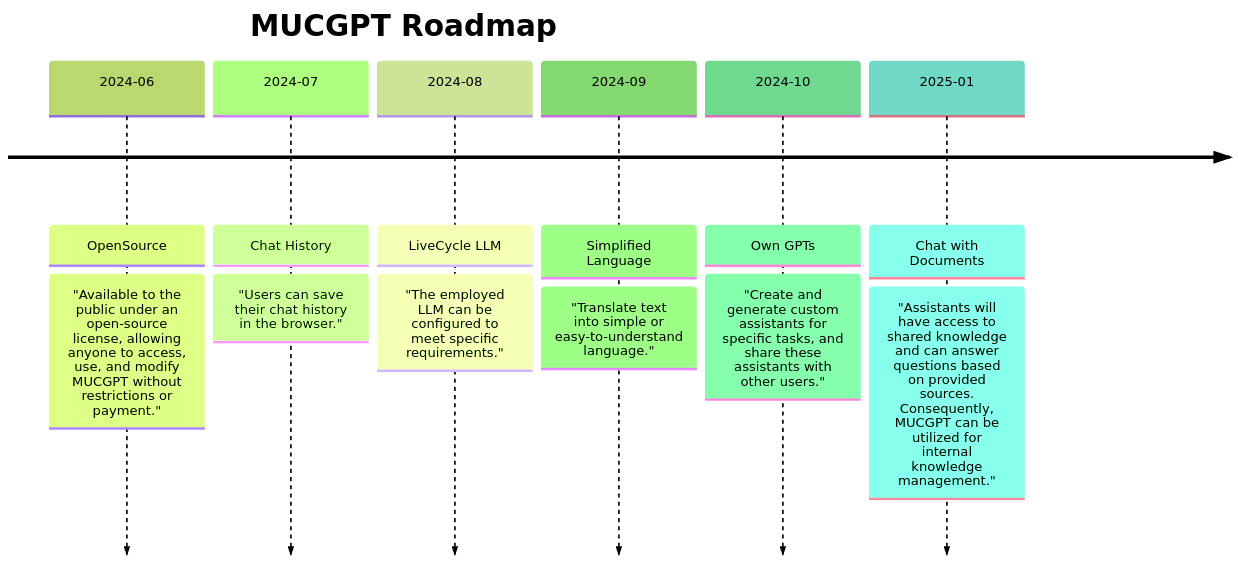
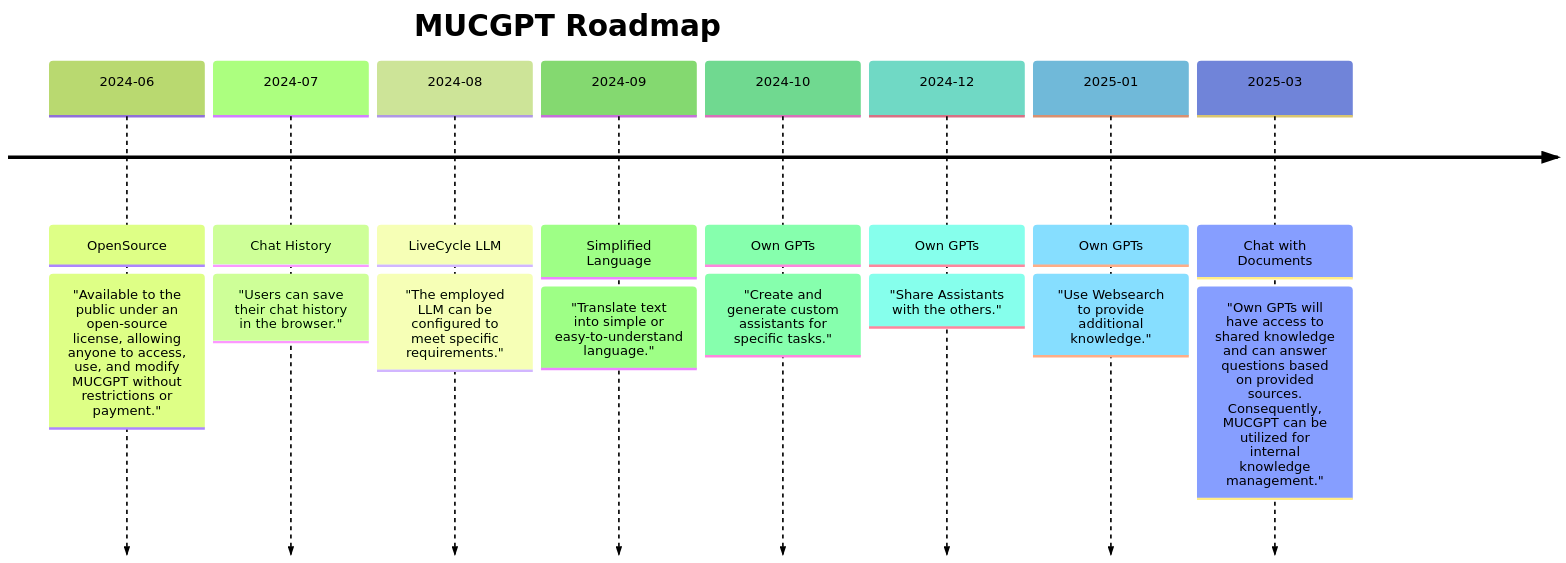
The diagram in README.md (it-at-m/mucgpt), drawn with Mermaid (forest theme) before and after one commit.

````diff
--- a/README.md
+++ b/README.md
@@ -119,10 +119,12 @@
 ```mermaid
 timeline
     title MUCGPT Roadmap
     2024-06 : OpenSource : "Available to the public under an open-source license, allowing anyone to access, use, and modify MUCGPT without restrictions or payment."
     2024-07 : Chat History : "Users can save their chat history in the browser."
     2024-08 : LiveCycle LLM : "The employed LLM can be configured to meet specific requirements."
     2024-09 : Simplified Language : "Translate text into simple or easy-to-understand language."
-    2024-10 : Own GPTs : "Create and generate custom assistants for specific tasks, and share these assistants with other users."
-    2025-01 : Chat with Documents : "Assistants will have access to shared knowledge and can answer questions based on provided sources. Consequently, MUCGPT can be utilized for internal knowledge management."
+    2024-10 : Own GPTs : "Create and generate custom assistants for specific tasks."
+    2024-12 : Own GPTs : "Share Assistants with the others."
+    2025-01 : Own GPTs : "Use Websearch to provide additional knowledge."
+    2025-03: Chat with Documents : "Own GPTs will have access to shared knowledge and can answer questions based on provided sources. Consequently, MUCGPT can be utilized for internal knowledge management."
 ```
````
